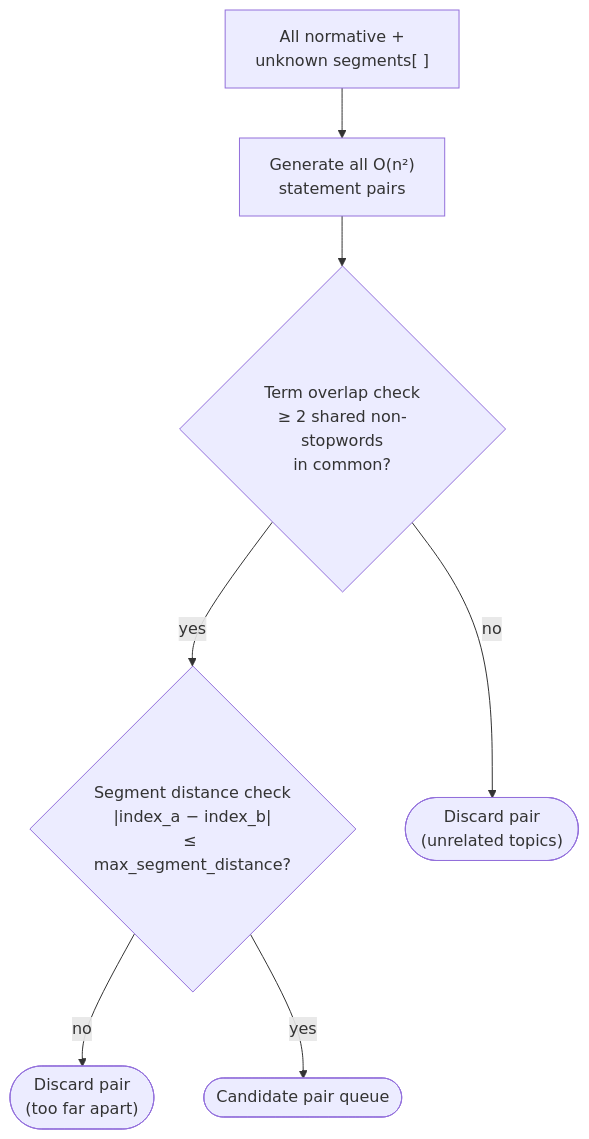
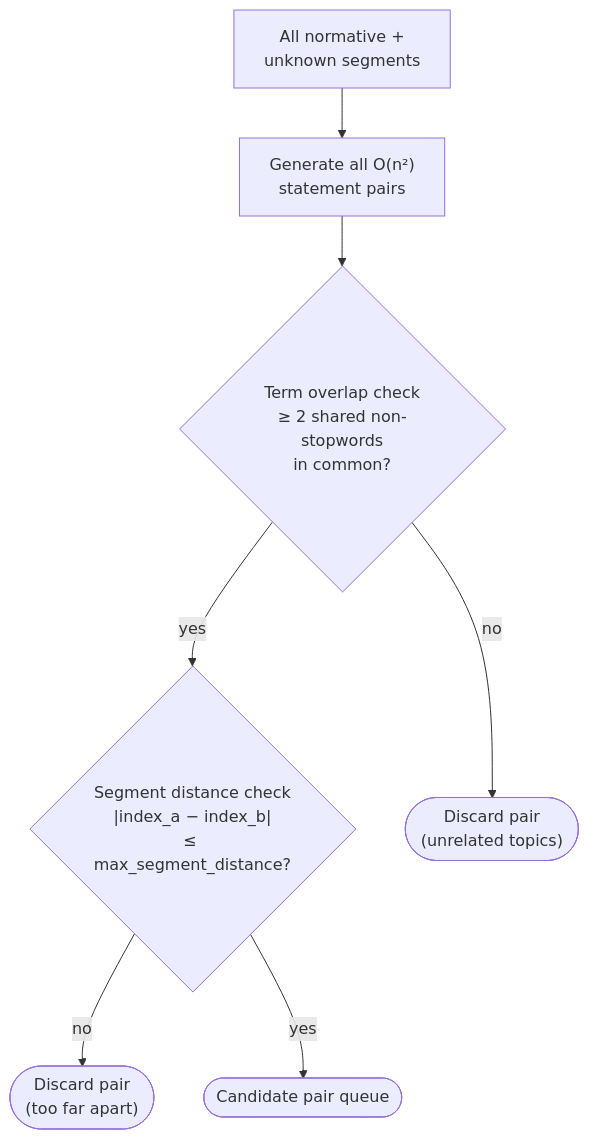
The sixth of 12 diagrams in analysis.md (asa-holland/csuf-clarus), drawn with Mermaid before and after one commit. The commit also changed other lines of this file, not shown here.

````diff
--- a/analysis.md
+++ b/analysis.md
@@ -167,21 +154,21 @@
 ```mermaid
 flowchart TD
-    IN["All normative +\nunknown segments[ ]"]
+    IN["All normative +\nunknown segments"]
 
     PAIRS["Generate all O(n²)\nstatement pairs"]
 
     OVERLAP{"Term overlap check\n≥ 2 shared non-stopwords\nin common?"}
 
     DIST{"Segment distance check\n|index_a − index_b|\n≤ max_segment_distance?"}
 
     SKIP1(["Discard pair\n(unrelated topics)"])
     SKIP2(["Discard pair\n(too far apart)"])
 
     OUT(["Candidate pair queue"])
 
     IN --> PAIRS --> OVERLAP
     OVERLAP -->|no| SKIP1
     OVERLAP -->|yes| DIST
     DIST -->|no| SKIP2
     DIST -->|yes| OUT
 ```
````
